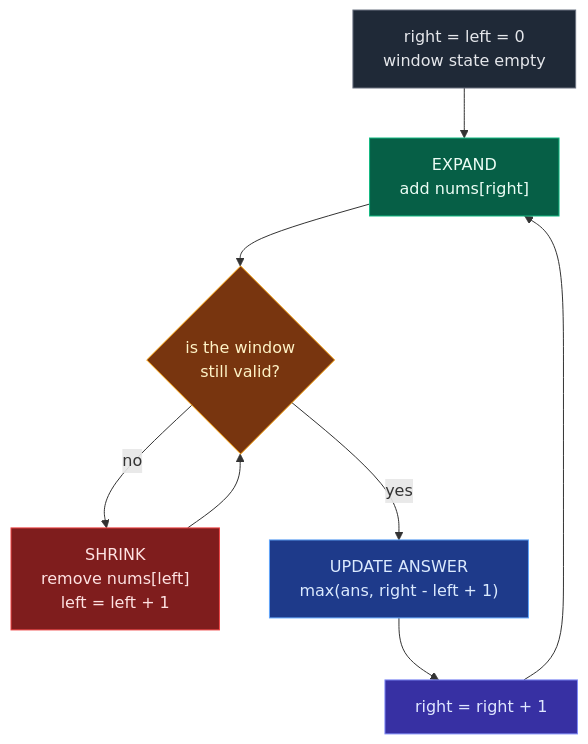
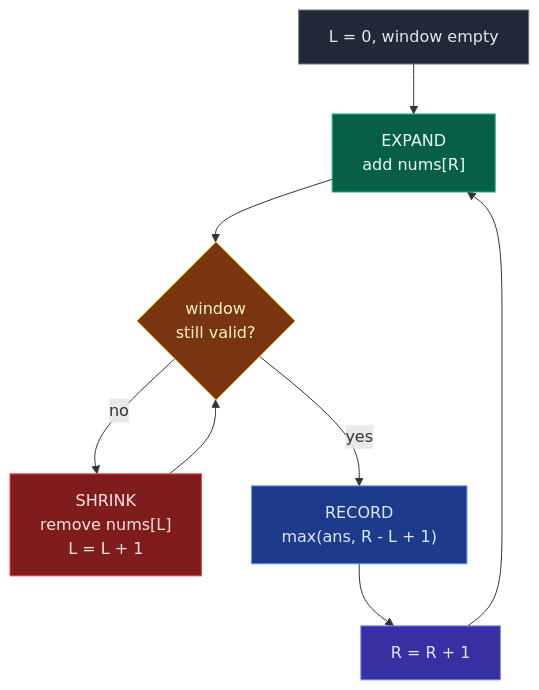
Diagram 12 of 16 in 04. Sliding window/01. Introduction/01. Introduction to Sliding Window.md (ajay-nikumbh/dsa-notes), drawn with Mermaid before and after one commit. The commit also changed other lines of this file, not shown here.

First line of the commit message:
Sliding Window 01: rewrite Introduction to the note rules

````diff
--- a/04. Sliding window/01. Introduction/01. Introduction to Sliding Window.md
+++ b/04. Sliding window/01. Introduction/01. Introduction to Sliding Window.md
@@ -257,20 +387,20 @@
 ```mermaid
 flowchart TD
-    S["right = left = 0<br/>window state empty"]:::state
-    E["EXPAND<br/>add nums[right]"]:::add
-    Q{"is the window<br/>still valid?"}:::check
-    K["SHRINK<br/>remove nums[left]<br/>left = left + 1"]:::drop
-    U["UPDATE ANSWER<br/>max(ans, right - left + 1)"]:::calc
-    N["right = right + 1"]:::move
+    S["L = 0, window empty"]:::state
+    E["EXPAND<br/>add nums[R]"]:::add
+    Q{"window<br/>still valid?"}:::check
+    K["SHRINK<br/>remove nums[L]<br/>L = L + 1"]:::drop
+    U["RECORD<br/>max(ans, R - L + 1)"]:::calc
+    N["R = R + 1"]:::move
     S --> E --> Q
-    Q -- "no" --> K
+    Q -->|no| K
     K --> Q
-    Q -- "yes" --> U --> N --> E
+    Q -->|yes| U --> N --> E
 
     classDef state fill:#1f2937,stroke:#6b7280,color:#e5e7eb
     classDef add fill:#065f46,stroke:#10b981,color:#ecfdf5
     classDef drop fill:#7f1d1d,stroke:#ef4444,color:#fee2e2
     classDef check fill:#78350f,stroke:#f59e0b,color:#fef3c7
     classDef calc fill:#1e3a8a,stroke:#60a5fa,color:#dbeafe
     classDef move fill:#3730a3,stroke:#818cf8,color:#e0e7ff
 ```
````
